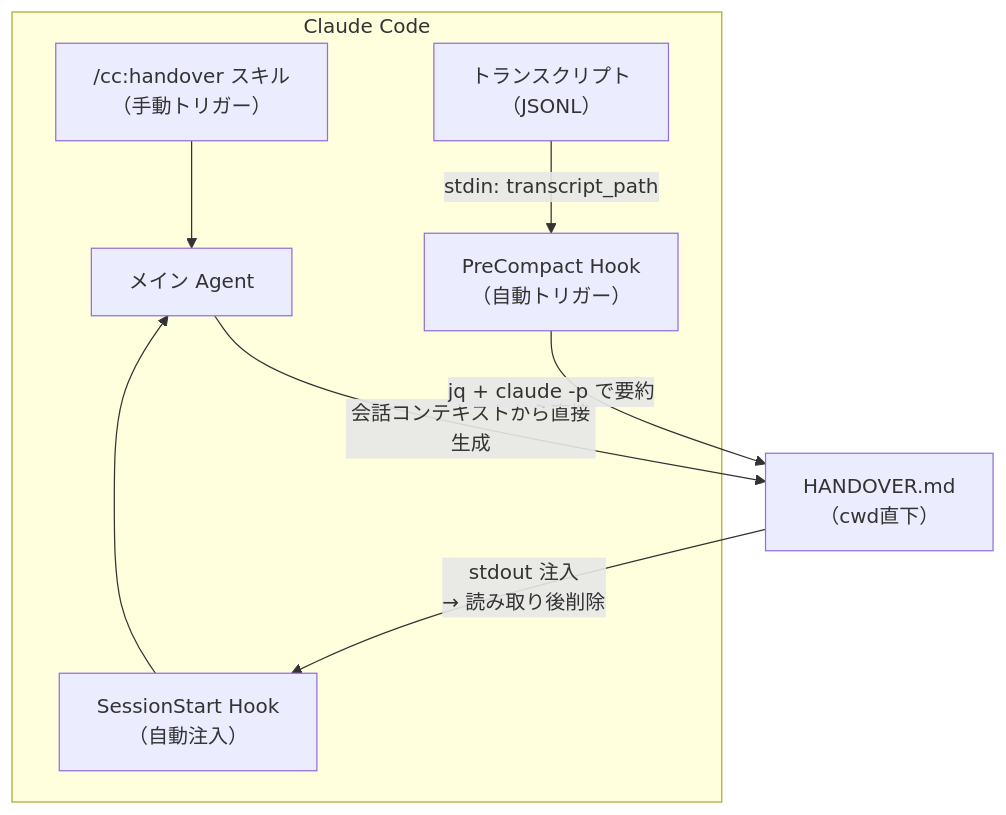
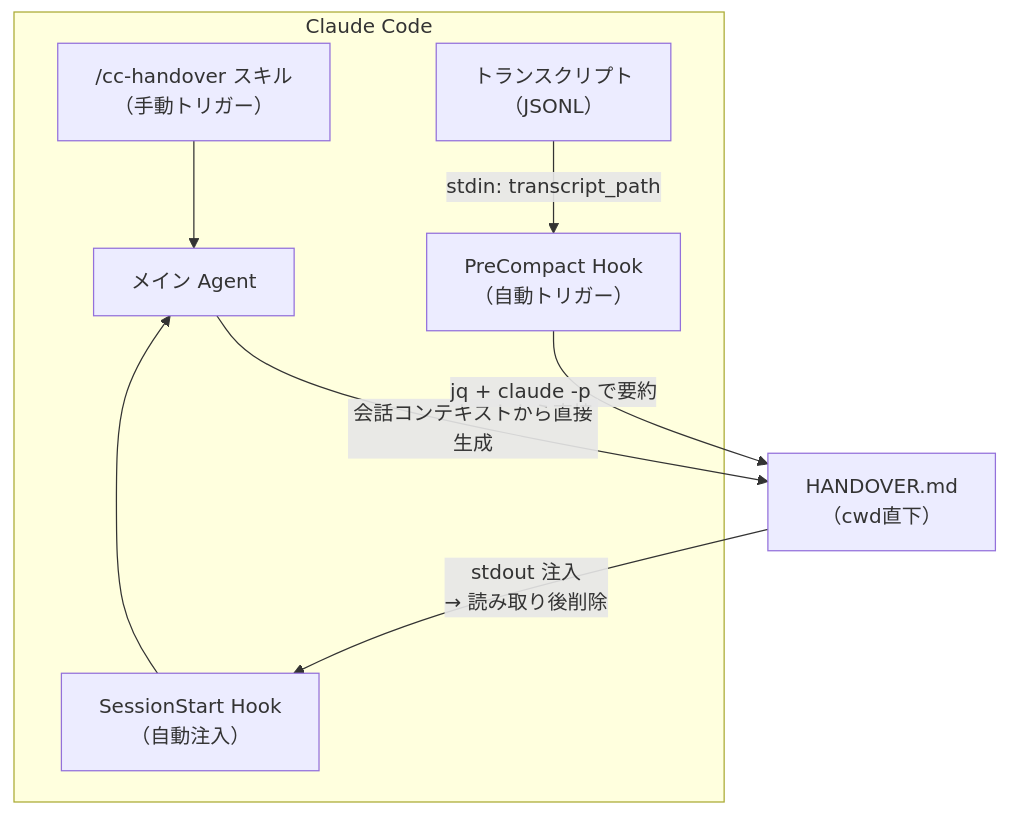
Before and after one commit to suwa-sh/suwa-sh-claude-plugins: the second of 5 diagrams in plugins/cc/docs/structure.md, drawn with Mermaid. The commit also changed other lines of this file and 74 other files, not shown here.

````diff
--- a/plugins/cc/docs/structure.md
+++ b/plugins/cc/docs/structure.md
@@ -23,19 +23,19 @@
 ```mermaid
 graph TB
   subgraph Claude_Code["Claude Code"]
-    Skill["/cc:handover スキル<br/>（手動トリガー）"]
+    Skill["/cc-handover スキル<br/>（手動トリガー）"]
     PreCompact["PreCompact Hook<br/>（自動トリガー）"]
     SessionStart["SessionStart Hook<br/>（自動注入）"]
     MainAgent["メイン Agent"]
     Transcript["トランスクリプト<br/>（JSONL）"]
   end
 
   HANDOVER["HANDOVER.md<br/>（cwd直下）"]
 
   Skill --> MainAgent
   MainAgent -- "会話コンテキストから直接生成" --> HANDOVER
   Transcript -- "stdin: transcript_path" --> PreCompact
   PreCompact -- "jq + claude -p で要約" --> HANDOVER
   HANDOVER -- "stdout 注入<br/>→ 読み取り後削除" --> SessionStart
   SessionStart --> MainAgent
 ```
````
